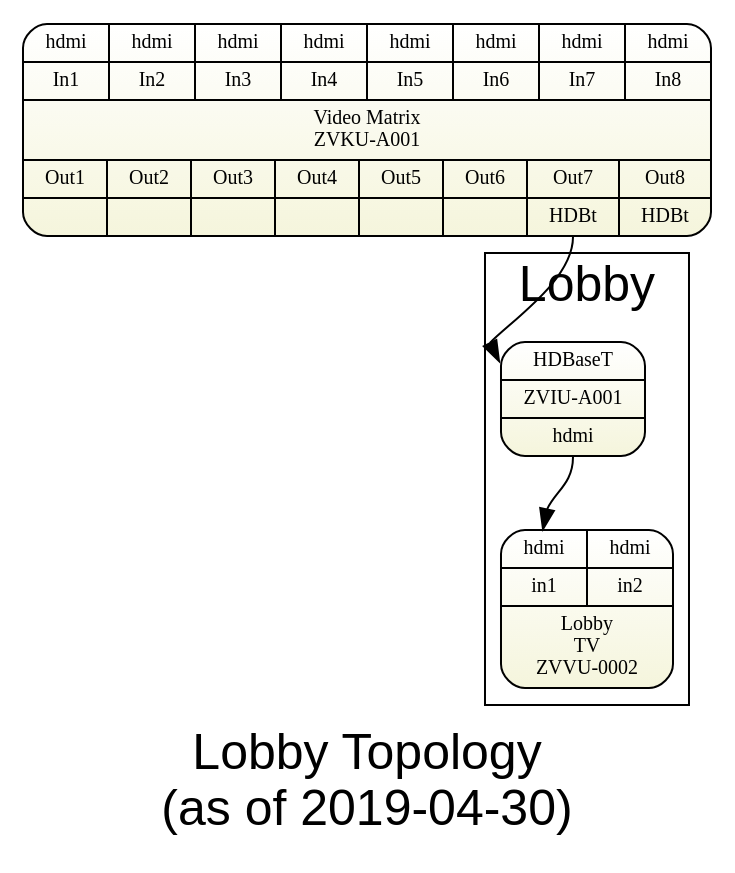
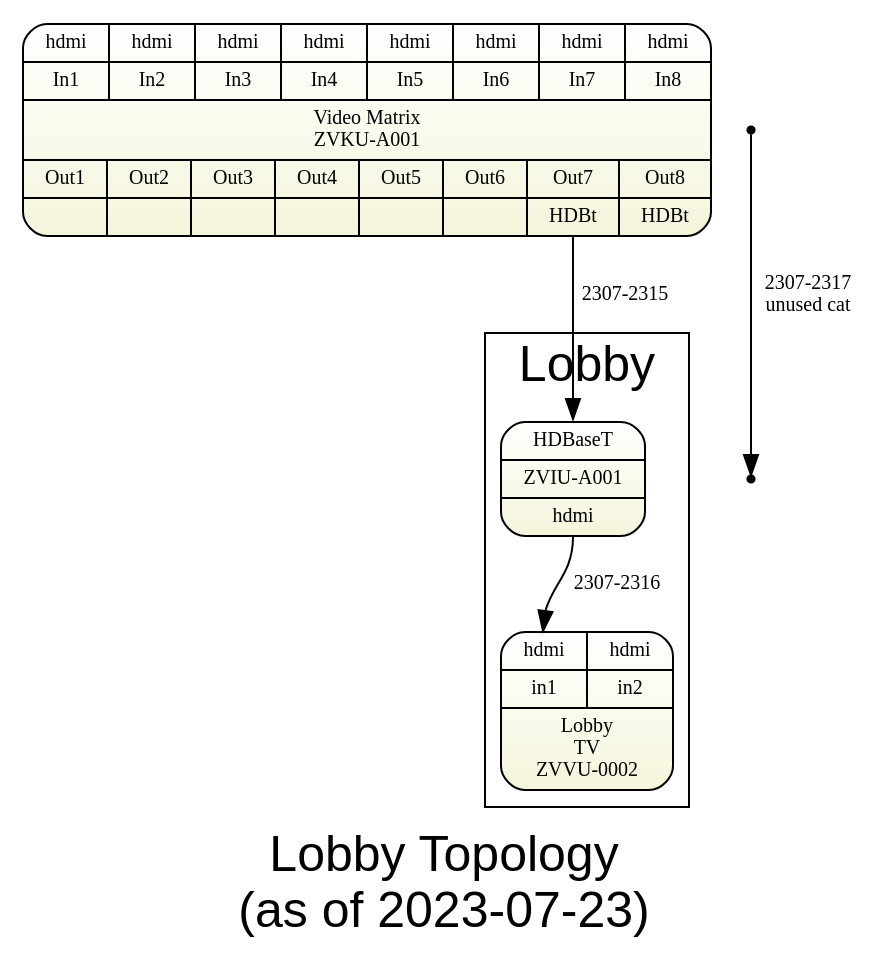
One commit to avmaint/uactechdoc changed the diagram in sdv-topology3-lobby.gv. Above: the diagram before and after it, drawn with Graphviz. The commit also changed 10 other files, not shown here.

```diff
--- a/sdv-topology3-lobby.gv
+++ b/sdv-topology3-lobby.gv
@@ -1,24 +1,30 @@
 digraph lobby { 
 graph [overlap = true, fontsize = 25, rankdir=TB
-      label="Lobby Topology\n(as of 2019-04-30)",
+      label="Lobby Topology\n(as of 2023-07-23)",
       fontname = Helvetica]
  
 node [shape=Mrecord, style=filled , fillcolor="white:beige" ,fontsize = 10, 
       gradientangle=270]
 pswitch [label="{
   {{<i1>hdmi|In1}|{<i2>hdmi|In2}|{<i3>hdmi|In3}|{<i4>hdmi|In4}|{<i5>hdmi|In5}|{<i6>hdmi|In6}|{<i7>hdmi|In7}|{<i8>hdmi|In8}}
   |{Video Matrix\nZVKU-A001}|
   {{Out1|<o1>}|{Out2|<o2>}|{Out3|<o3>}|{Out4|<o4>}|
    {Out5|<o5>}|{Out6|<o6>}|{Out7|<o7>HDBt}|{Out8|<o8>HDBt}}  
   }"]
   
 node [  tooltip="" ]
 
 subgraph cluster_lobby { label="Lobby" 
   c62hdmi1   [label="{<i>HDBaseT|ZVIU-A001|<o>hdmi}", tooltip="In lobby"]
   lobbytv  [label="{ {{<i1>hdmi|in1} | {<i2>hdmi|in2}}|Lobby\nTV\nZVVU-0002}"]
 }
 
-pswitch:o7 -> c62hdmi1:i
-c62hdmi1:o -> lobbytv:i1
+pswitch:o7 -> c62hdmi1:i [label="2307-2315" fontsize=10  ]
+c62hdmi1:o -> lobbytv:i1 [label="2307-2316" fontsize=10  ]
+
+p1 [shape=point]
+p2 [shape=point]
+p1->p2 [label="2307-2317\nunused cat" fontsize=10]
+
+
 }
```
